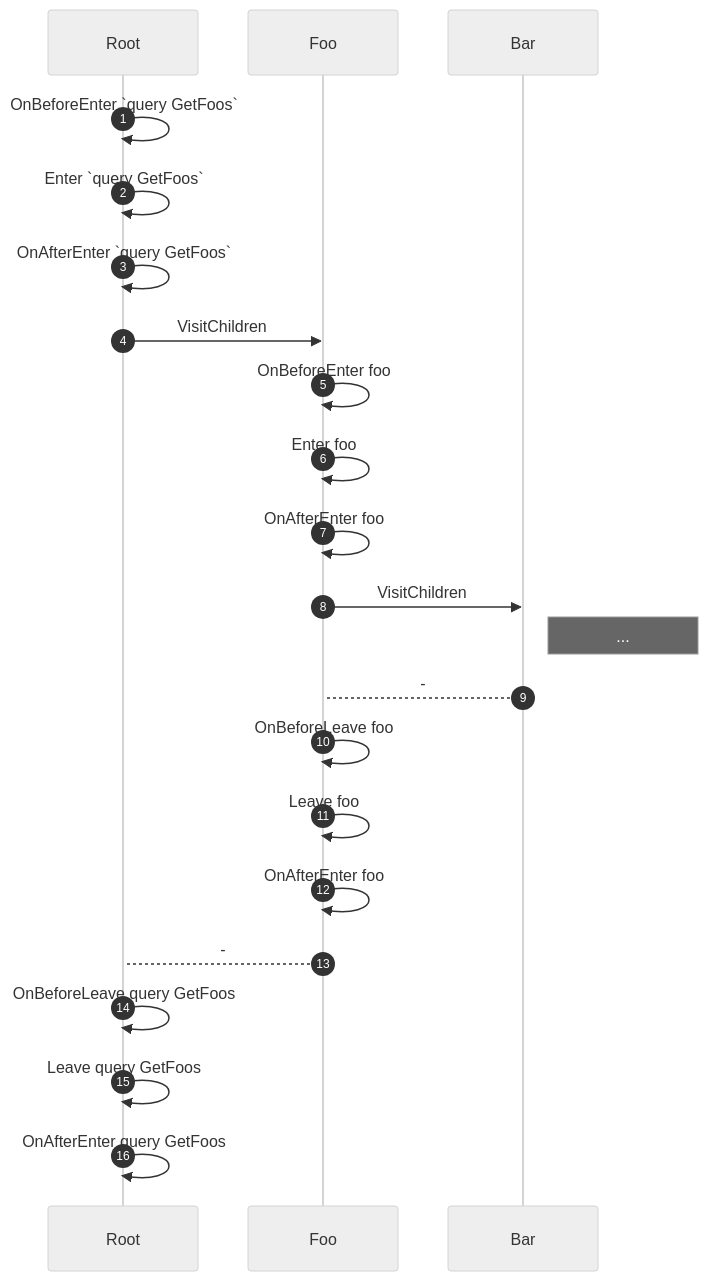
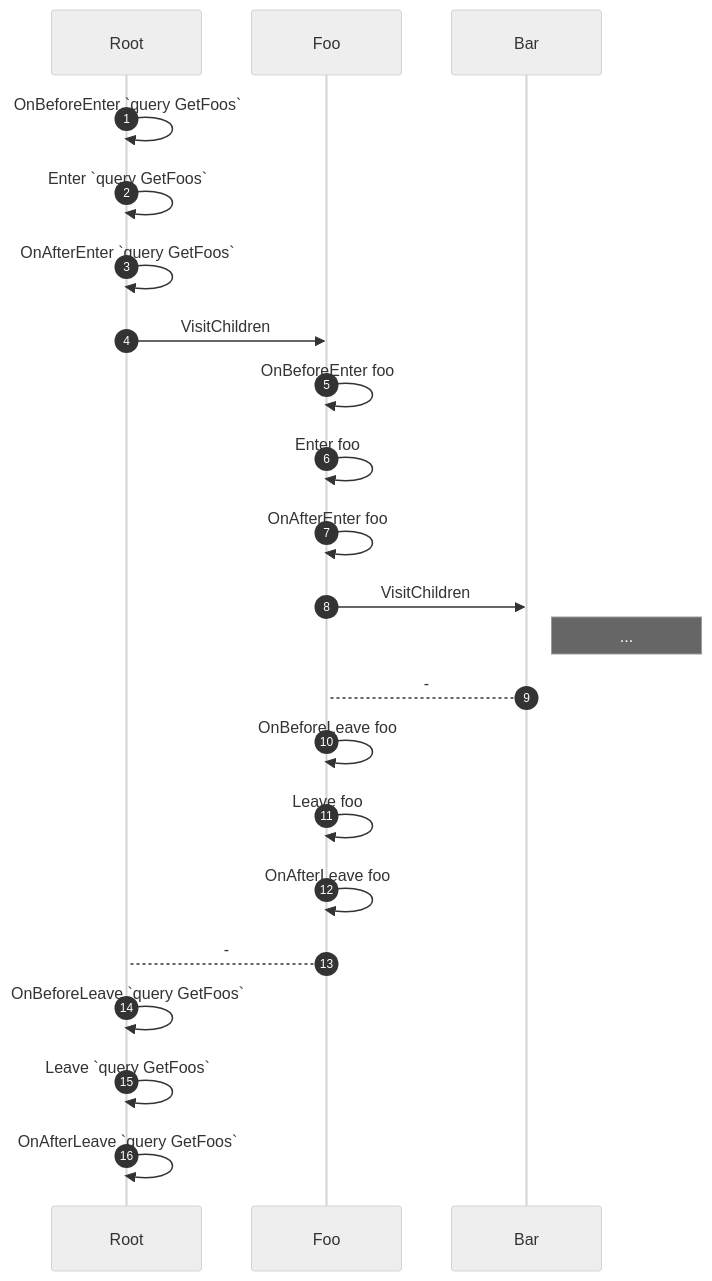
One commit to ChilliCream/graphql-platform changed the diagram in website/src/docs/hotchocolate/api-reference/visitors.md. Above: the diagram before and after it, drawn with Mermaid (neutral theme). The commit also changed other lines of this file, not shown here.

````diff
--- a/website/src/docs/hotchocolate/api-reference/visitors.md
+++ b/website/src/docs/hotchocolate/api-reference/visitors.md
@@ -34,21 +34,21 @@
 ```mermaid
 sequenceDiagram
 autonumber
     Root->>Root:  OnBeforeEnter `query GetFoos`
     Root->>Root:  Enter `query GetFoos`
     Root->>Root:  OnAfterEnter `query GetFoos`
     Root->>Foo:  VisitChildren
     Foo->>Foo:  OnBeforeEnter foo
     Foo->>Foo:  Enter foo
     Foo->>Foo:  OnAfterEnter foo
     Foo->>Bar:  VisitChildren
     Note right of Bar: ...
     Bar-->Foo:  -
     Foo->>Foo:  OnBeforeLeave foo
     Foo->>Foo:  Leave foo
-    Foo->>Foo:  OnAfterEnter foo
+    Foo->>Foo:  OnAfterLeave foo
     Foo-->Root:  -
-    Root->>Root:  OnBeforeLeave  query GetFoos
-    Root->>Root:  Leave  query GetFoos
-    Root->>Root:  OnAfterEnter  query GetFoos
+    Root->>Root:  OnBeforeLeave `query GetFoos`
+    Root->>Root:  Leave `query GetFoos`
+    Root->>Root:  OnAfterLeave `query GetFoos`
 ```
````
